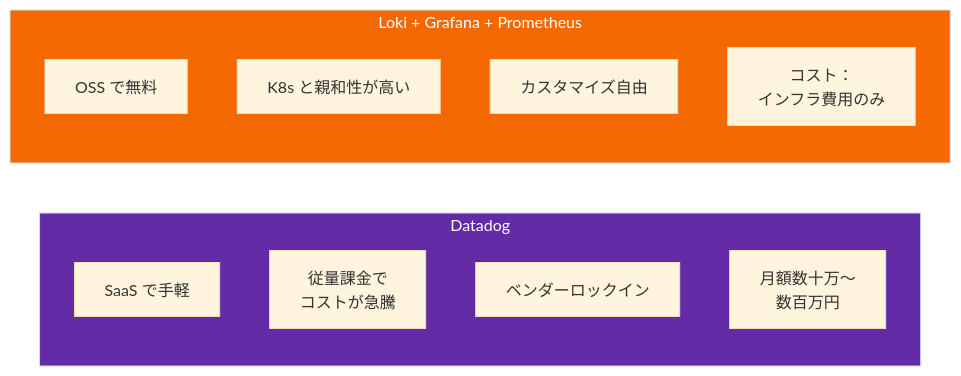
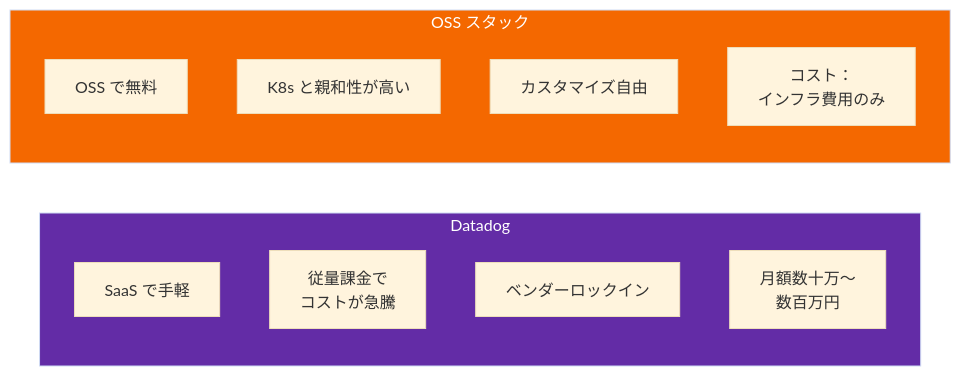
Before and after one commit to HayatoToyoda/DK: the third of 5 diagrams in foundation/11-monitoring-observability/README.md, drawn with Mermaid (base theme). The commit also changed other lines of this file and 8 other files, not shown here.

````diff
--- a/foundation/11-monitoring-observability/README.md
+++ b/foundation/11-monitoring-observability/README.md
@@ -70,19 +74,19 @@
 ```mermaid
 flowchart LR
     subgraph Datadog["Datadog"]
         DD1["SaaS で手軽"]
         DD2["従量課金で<br/>コストが急騰"]
         DD3["ベンダーロックイン"]
         DD4["月額数十万〜<br/>数百万円"]
     end
 
-    subgraph LokiGrafana["Loki + Grafana + Prometheus"]
+    subgraph LokiGrafana["OSS スタック"]
         LG1["OSS で無料"]
         LG2["K8s と親和性が高い"]
         LG3["カスタマイズ自由"]
         LG4["コスト：<br/>インフラ費用のみ"]
     end
 
     style Datadog fill:#632CA6,color:#fff
     style LokiGrafana fill:#F46800,color:#fff
 ```
````
